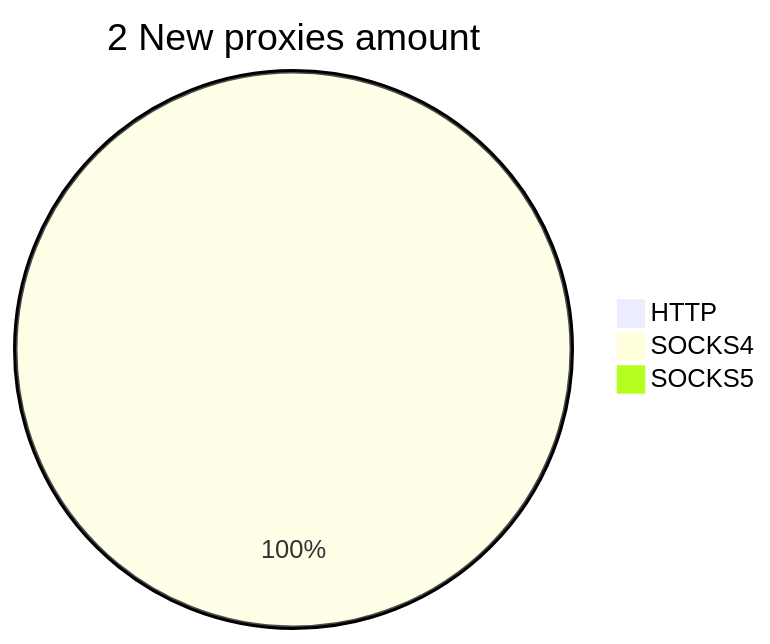
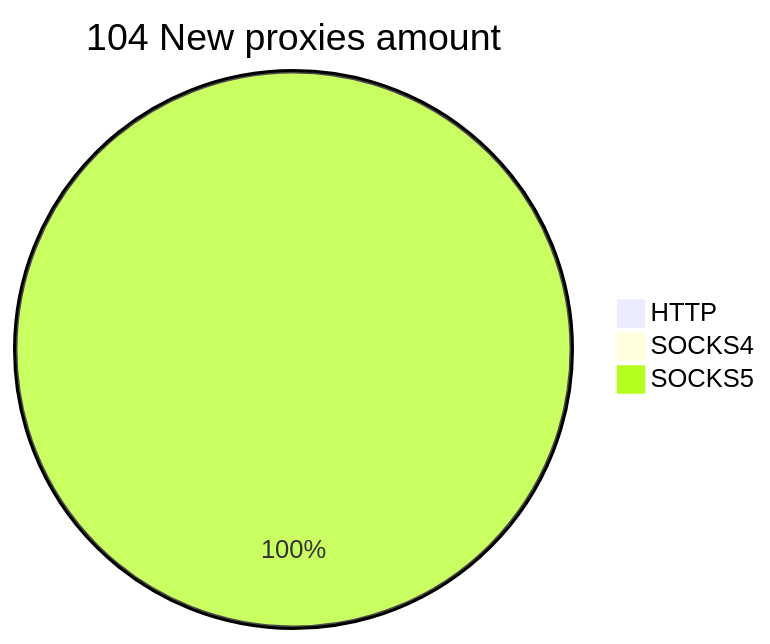
The second of 2 diagrams in README.md (cutipu/proxylist), drawn with Mermaid before and after one commit. The commit also changed other lines of this file, not shown here.

````diff
--- a/README.md
+++ b/README.md
@@ -10,6 +10,6 @@
 ```mermaid
-pie title 2 New proxies amount
+pie title 104 New proxies amount
     "HTTP" : 0
-    "SOCKS4" : 4
-    "SOCKS5" : 0
+    "SOCKS4" : 0
+    "SOCKS5" : 120
 ```
````
